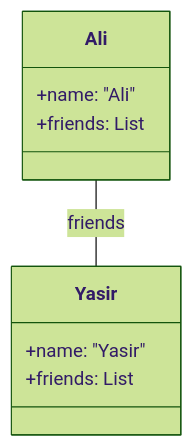
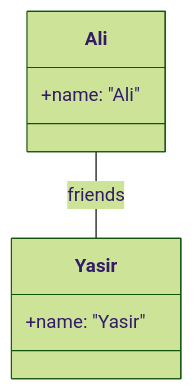
The third of 10 diagrams in 07_AssociationAggregationAndComposition.md (Muhammad-Hussain456/OOP), drawn with Mermaid (forest theme) before and after one commit. The commit also changed other lines of this file, not shown here.

````diff
--- a/07_AssociationAggregationAndComposition.md
+++ b/07_AssociationAggregationAndComposition.md
@@ -66,13 +103,11 @@
 ```mermaid
 classDiagram
     Ali -- Yasir : friends
     
     class Ali {
         +name: "Ali"
-        +friends: List
     }
     class Yasir {
         +name: "Yasir"
-        +friends: List
     }
 ```
````
